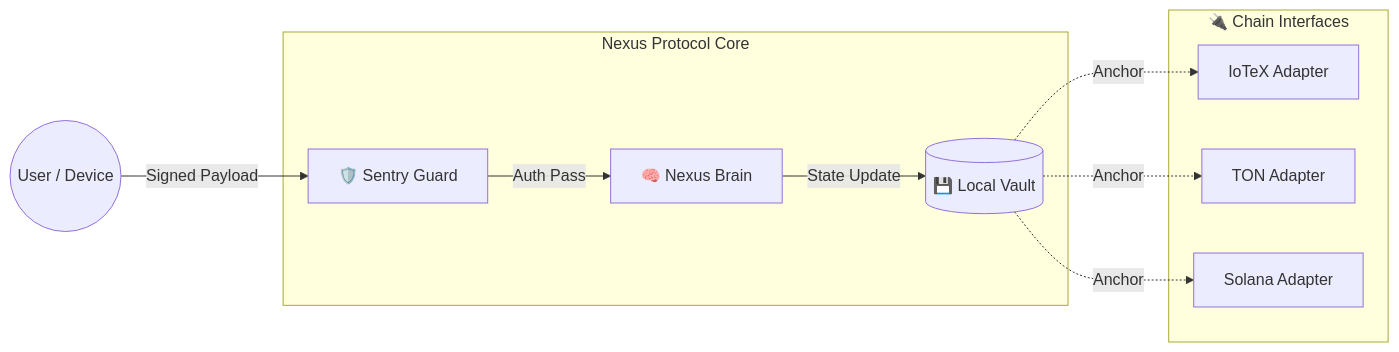
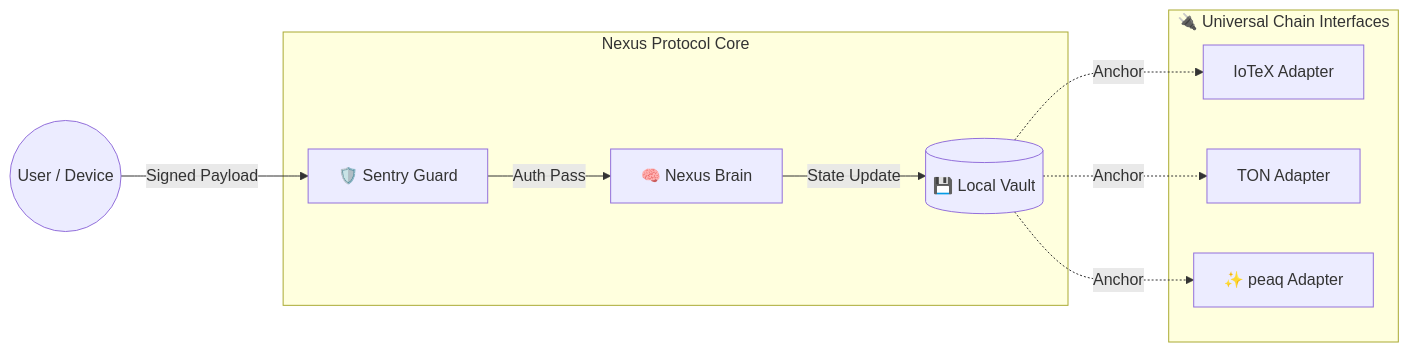
The diagram in ARCHITECTURE.md (arhantbarmate/nexus-core), drawn with Mermaid before and after one commit. The commit also changed other lines of this file and 1 other file, not shown here.

Commit message:
docs: update specs to v1.3.1 (universal + peaq support)

````diff
--- a/ARCHITECTURE.md
+++ b/ARCHITECTURE.md
@@ -14,15 +14,15 @@
 ```mermaid
 graph LR
     User((User / Device)) -->|Signed Payload| Sentry[🛡️ Sentry Guard]
     
     subgraph Sovereign_Node [Nexus Protocol Core]
         Sentry -->|Auth Pass| Brain[🧠 Nexus Brain]
         Brain -->|State Update| Vault[(💾 Local Vault)]
     end
     
-    subgraph Adapters [🔌 Chain Interfaces]
+    subgraph Adapters [🔌 Universal Chain Interfaces]
         Vault -.->|Anchor| IOTX[IoTeX Adapter]
         Vault -.->|Anchor| TON[TON Adapter]
-        Vault -.->|Anchor| SOL[Solana Adapter]
+        Vault -.->|Anchor| PEAQ[✨ peaq Adapter]
     end
 ```
````
